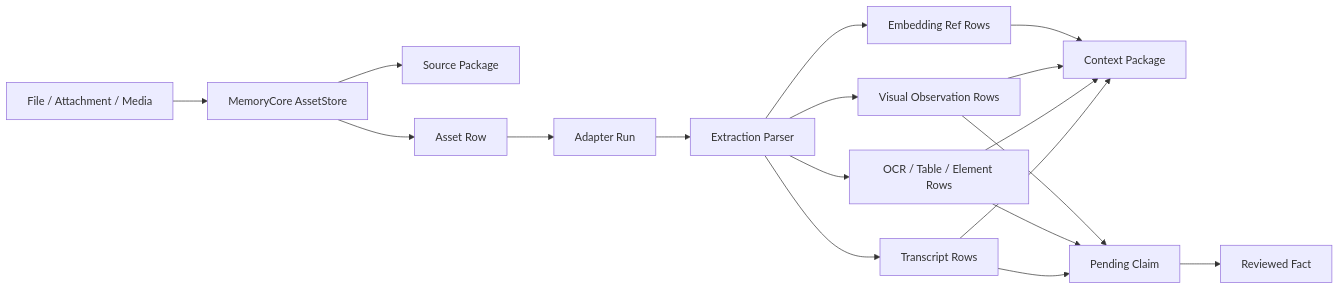
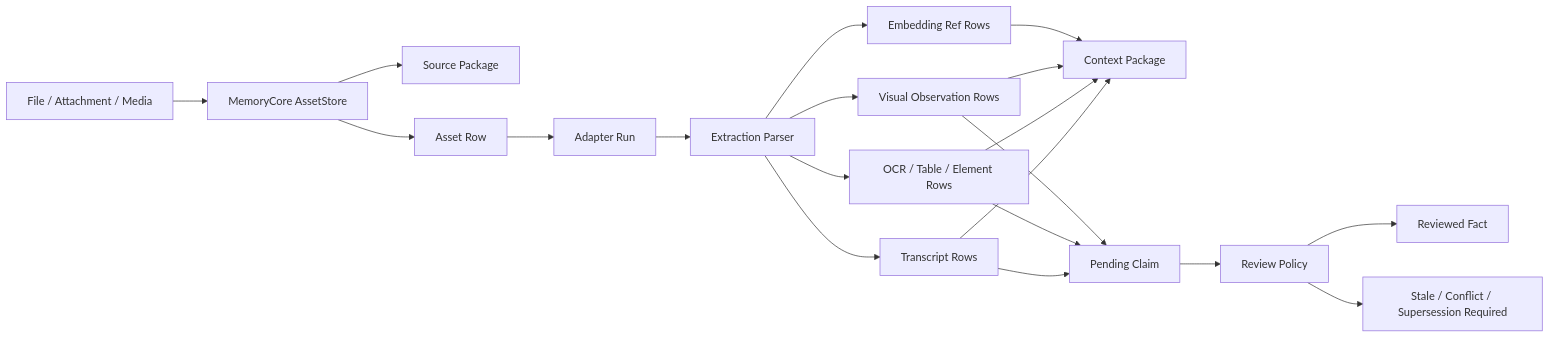
The third of 3 diagrams in README.md (Miosa-osa/OptimalEngine), drawn with Mermaid before and after one commit. The commit also changed other lines of this file and 8 other files, not shown here.

Commit message:
Add policy-gated fact promotion

````diff
--- a/README.md
+++ b/README.md
@@ -283,20 +287,22 @@
 ```mermaid
 flowchart LR
   File[File / Attachment / Media] --> Preserve[MemoryCore AssetStore]
   Preserve --> SP[Source Package]
   Preserve --> Asset[Asset Row]
   Asset --> Adapter[Adapter Run]
   Adapter --> Parser[Extraction Parser]
   Parser --> Transcript[Transcript Rows]
   Parser --> OCR[OCR / Table / Element Rows]
   Parser --> Visual[Visual Observation Rows]
   Parser --> Embedding[Embedding Ref Rows]
   Transcript --> Context[Context Package]
   OCR --> Context
   Visual --> Context
   Embedding --> Context
   Transcript --> Claim[Pending Claim]
   OCR --> Claim
   Visual --> Claim
-  Claim --> Fact[Reviewed Fact]
+  Claim --> Review[Review Policy]
+  Review --> Fact[Reviewed Fact]
+  Review --> Conflict[Stale / Conflict / Supersession Required]
 ```
````
